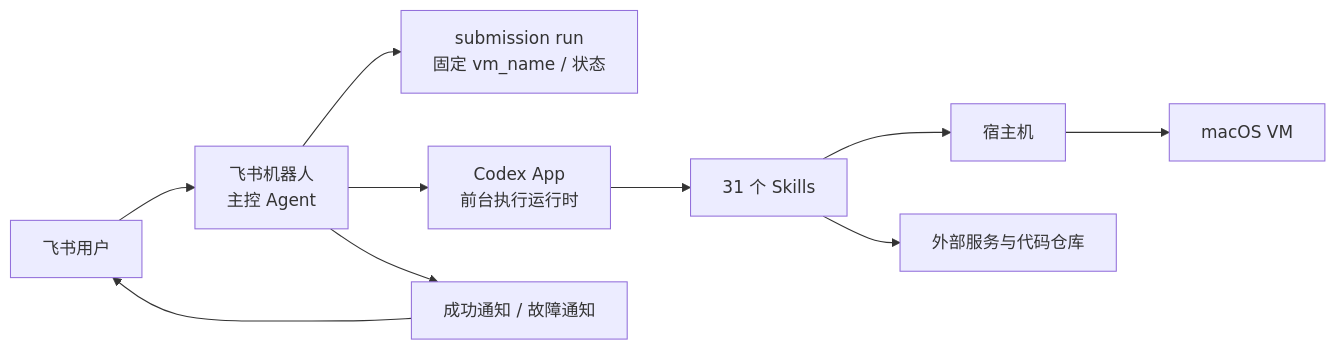
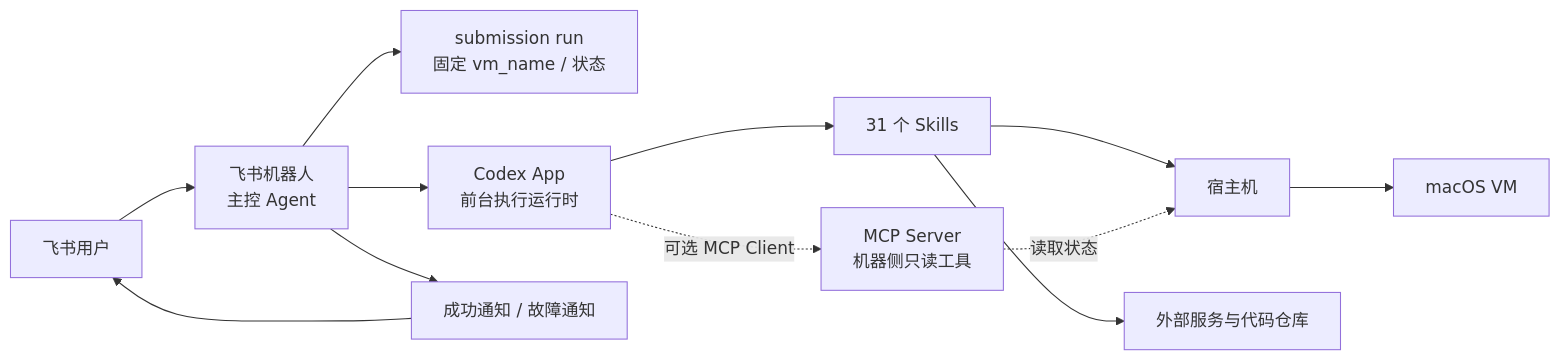
The first of 3 diagrams in README.md (lbql-yhl/mac-submission-automation), drawn with Mermaid before and after one commit. The commit also changed other lines of this file and 8 other files, not shown here.

Commit message:
feat: add machine mcp server and reorganize docs

````diff
--- a/README.md
+++ b/README.md
@@ -51,12 +52,14 @@
 ```mermaid
 flowchart LR
     U[飞书用户] --> F[飞书机器人<br/>主控 Agent]
     F --> R[submission run<br/>固定 vm_name / 状态]
     F --> P[Codex App<br/>前台执行运行时]
     P --> S[31 个 Skills]
     S --> H[宿主机]
     H --> V[macOS VM]
     S --> X[外部服务与代码仓库]
+    P -. 可选 MCP Client .-> M[MCP Server<br/>机器侧只读工具]
+    M -. 读取状态 .-> H
     F --> N[成功通知 / 故障通知]
     N --> U
 ```
````
